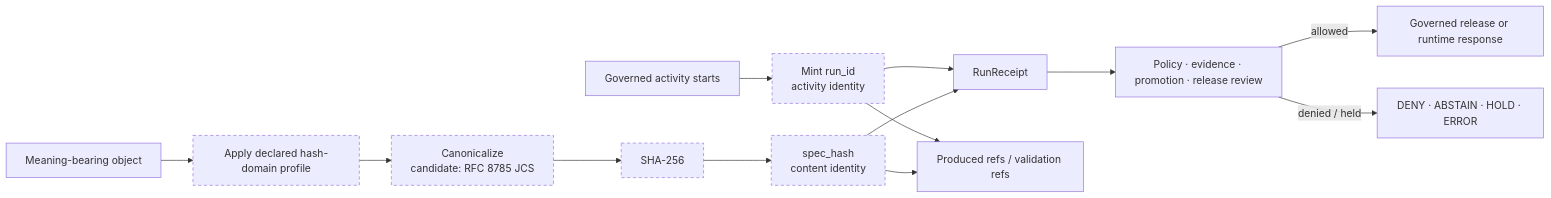
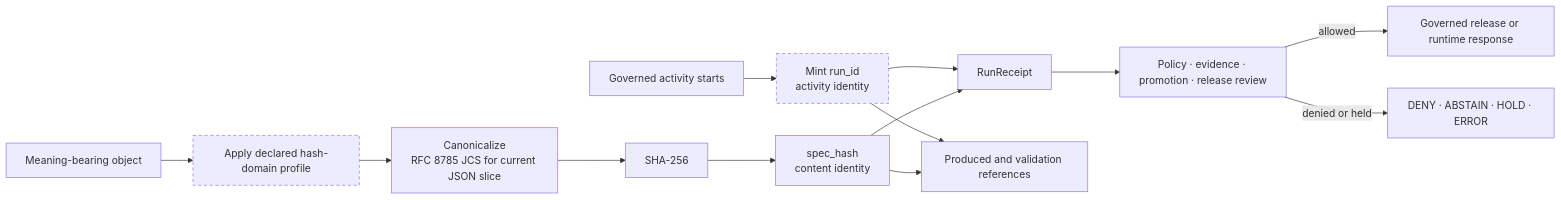
Before and after one commit to bartytime4life/Kansas-Frontier-Matrix: the diagram in docs/adr/ADR-0013-spec_hash-and-run_id-identity-grammar.md, drawn with Mermaid. The commit also changed other lines of this file, not shown here.

````diff
--- a/docs/adr/ADR-0013-spec_hash-and-run_id-identity-grammar.md
+++ b/docs/adr/ADR-0013-spec_hash-and-run_id-identity-grammar.md
@@ -353,20 +386,20 @@
 ```mermaid
 flowchart LR
     ACT["Governed activity starts"] --> RID["Mint run_id<br/>activity identity"]
     INPUT["Meaning-bearing object"] --> DOMAIN["Apply declared hash-domain profile"]
-    DOMAIN --> CANON["Canonicalize<br/>candidate: RFC 8785 JCS"]
+    DOMAIN --> CANON["Canonicalize<br/>RFC 8785 JCS for current JSON slice"]
     CANON --> HASH["SHA-256"]
     HASH --> SH["spec_hash<br/>content identity"]
 
     RID --> RECEIPT["RunReceipt"]
     SH --> RECEIPT
-    RID --> OUTPUTS["Produced refs / validation refs"]
+    RID --> OUTPUTS["Produced and validation references"]
     SH --> OUTPUTS
 
     RECEIPT --> REVIEW["Policy · evidence · promotion · release review"]
     REVIEW -->|allowed| RELEASE["Governed release or runtime response"]
-    REVIEW -->|denied / held| HOLD["DENY · ABSTAIN · HOLD · ERROR"]
+    REVIEW -->|denied or held| HOLD["DENY · ABSTAIN · HOLD · ERROR"]
 
     classDef proposed stroke-dasharray: 5 4;
-    class RID,DOMAIN,CANON,HASH,SH proposed;
+    class RID,DOMAIN proposed;
 ```
````
